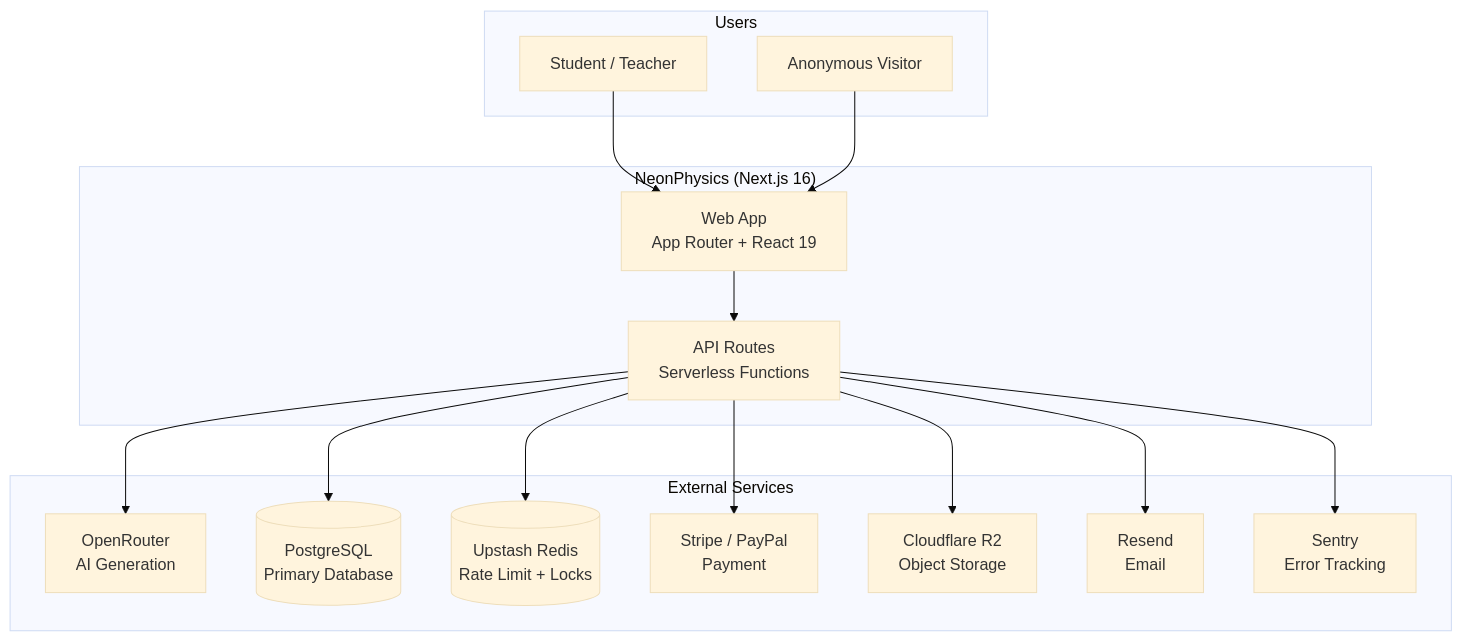
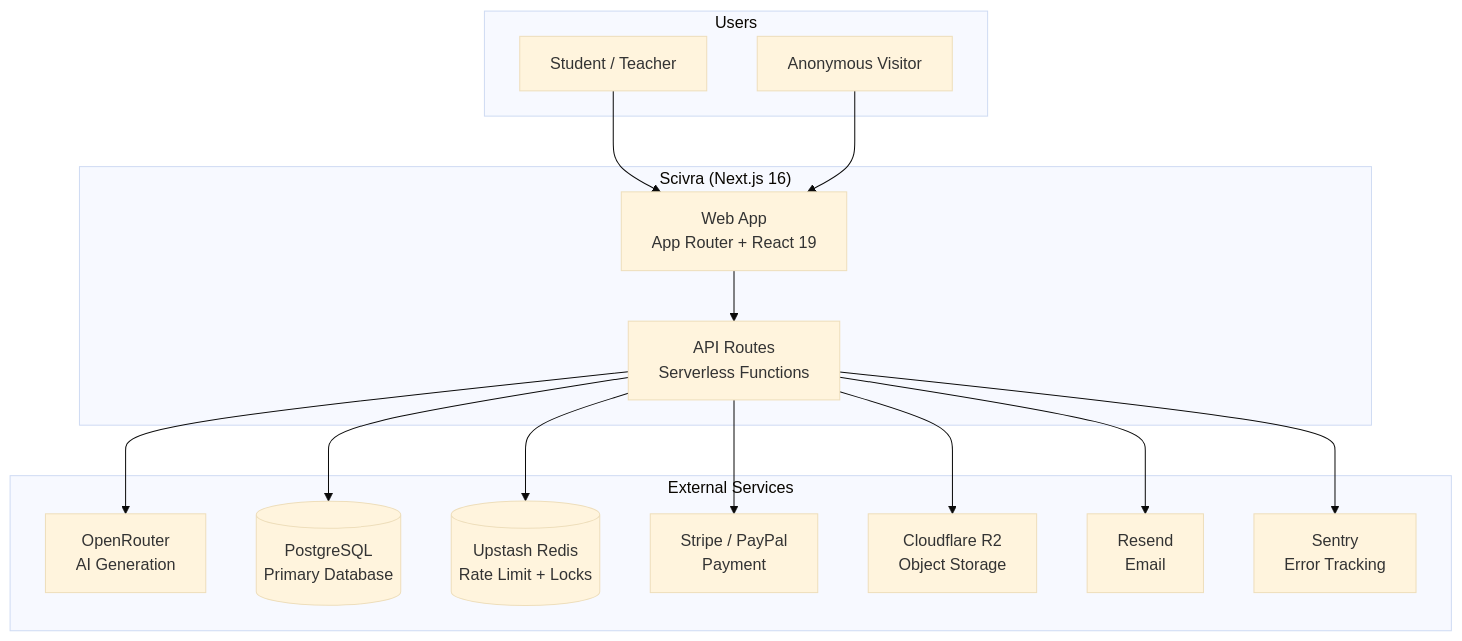
One commit to helendevenk/scivra changed the first of 4 diagrams in ARCHITECTURE.md. Above: the diagram before and after it, drawn with Mermaid (base theme). The commit also changed other lines of this file and 6 other files, not shown here.

````diff
--- a/ARCHITECTURE.md
+++ b/ARCHITECTURE.md
@@ -31,33 +31,33 @@
 ```mermaid
 graph TB
     subgraph Users
         S[Student / Teacher]
         A[Anonymous Visitor]
     end
 
-    subgraph NeonPhysics["NeonPhysics (Next.js 16)"]
+    subgraph Scivra["Scivra (Next.js 16)"]
         WEB[Web App<br>App Router + React 19]
         API[API Routes<br>Serverless Functions]
     end
 
     subgraph External["External Services"]
         OR[OpenRouter<br>AI Generation]
         PG[(PostgreSQL<br>Primary Database)]
         RD[(Upstash Redis<br>Rate Limit + Locks)]
         ST[Stripe / PayPal<br>Payment]
         R2[Cloudflare R2<br>Object Storage]
         RS[Resend<br>Email]
         SE[Sentry<br>Error Tracking]
     end
 
     S --> WEB
     A --> WEB
     WEB --> API
     API --> OR
     API --> PG
     API --> RD
     API --> ST
     API --> R2
     API --> RS
     API --> SE
 ```
````
